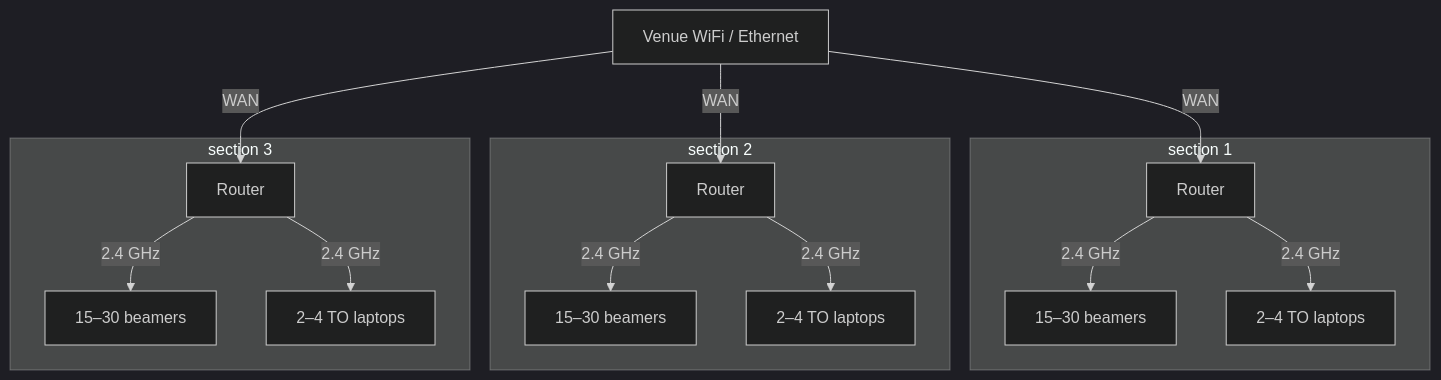
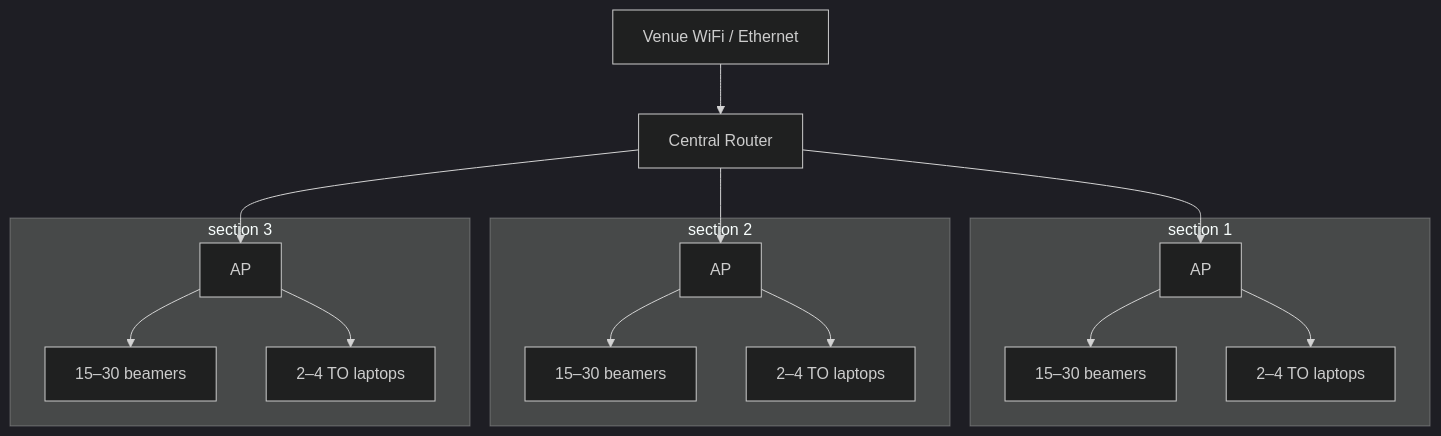
Before and after one commit to jendotpg/slippi-beamer: the second of 2 diagrams in ROUTERS.md, drawn with Mermaid (dark theme). The commit also changed other lines of this file and 1 other file, not shown here.

````diff
--- a/ROUTERS.md
+++ b/ROUTERS.md
@@ -81,32 +81,35 @@
 ```mermaid
 flowchart TD
     SRC["Venue WiFi / Ethernet"]
 
+	RTR0["Central Router"]
+
     subgraph S1["section 1"]
-        RTR1["Router"]
+        RTR1["AP"]
         BEAM1["15–30 beamers"]
         LAP1["2–4 TO laptops"]
-        RTR1 -->|2.4 GHz| BEAM1
-        RTR1 -->|2.4 GHz| LAP1
+        RTR1 --> BEAM1
+        RTR1 --> LAP1
     end
 
     subgraph S2["section 2"]
-        RTR2["Router"]
+        RTR2["AP"]
         BEAM2["15–30 beamers"]
         LAP2["2–4 TO laptops"]
-        RTR2 -->|2.4 GHz| BEAM2
-        RTR2 -->|2.4 GHz| LAP2
+        RTR2 --> BEAM2
+        RTR2 --> LAP2
     end
 
     subgraph S3["section 3"]
-        RTR3["Router"]
+        RTR3["AP"]
         BEAM3["15–30 beamers"]
         LAP3["2–4 TO laptops"]
-        RTR3 -->|2.4 GHz| BEAM3
-        RTR3 -->|2.4 GHz| LAP3
+        RTR3 --> BEAM3
+        RTR3 --> LAP3
     end
 
-    SRC -->|WAN| RTR1
-    SRC -->|WAN| RTR2
-    SRC -->|WAN| RTR3
+	SRC --> RTR0
+    RTR0 --> RTR1
+    RTR0 --> RTR2
+    RTR0 --> RTR3
 ```
````
